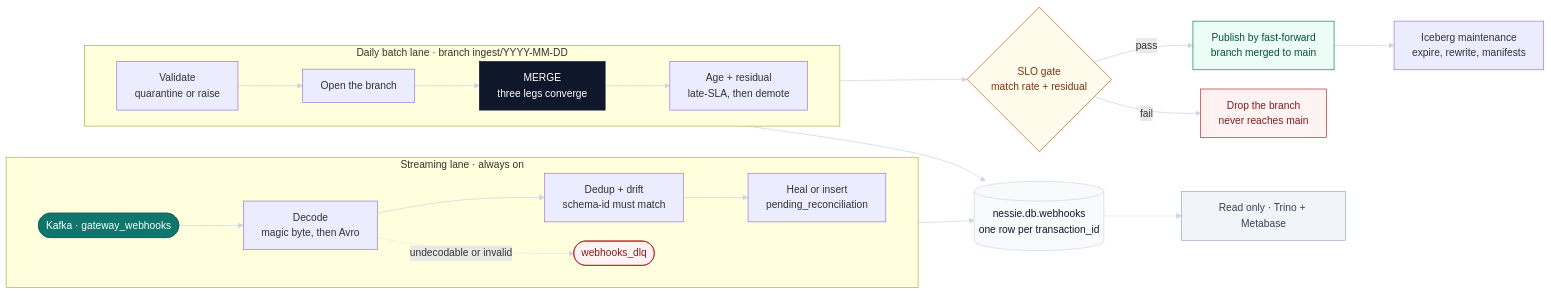
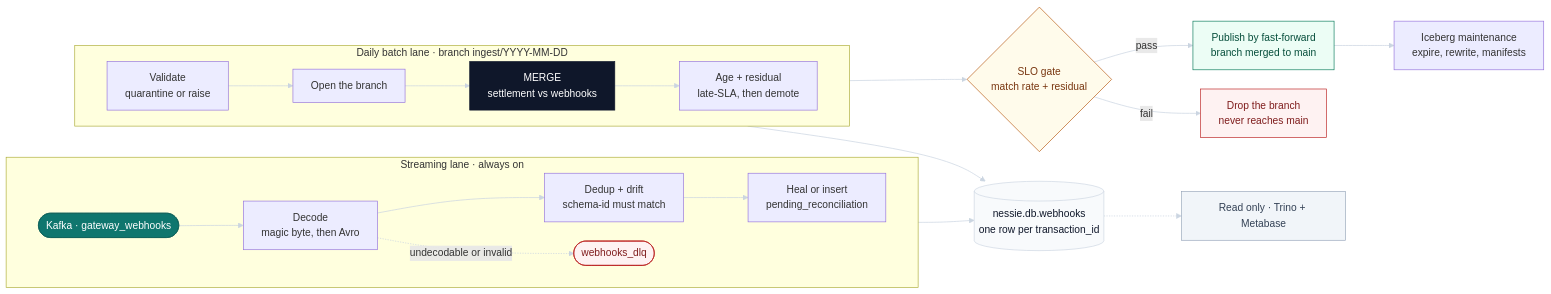
The diagram in README.md (DhanushPillay/tx-recon), drawn with Mermaid before and after one commit. The commit also changed 2 other files, not shown here.

````diff
--- a/README.md
+++ b/README.md
@@ -87,34 +87,34 @@
 ```mermaid
 %%{init: {"look": "classic", "layout": "dagre", "flowchart": {"curve": "basis", "nodeSpacing": 30, "rankSpacing": 76, "padding": 14, "useMaxWidth": true}}}%%
 flowchart LR
   subgraph SL["Streaming lane · always on"]
     direction LR
     K(["Kafka · gateway_webhooks"]):::ing --> D["Decode<br/>magic byte, then Avro"] --> DD["Dedup + drift<br/>schema-id must match"] --> H["Heal or insert<br/>pending_reconciliation"]
     D -.->|"undecodable or invalid"| DQ(["webhooks_dlq"]):::dead
   end
 
   subgraph BL["Daily batch lane · branch ingest/YYYY-MM-DD"]
     direction LR
-    V["Validate<br/>quarantine or raise"] --> OB["Open the branch"] --> M["MERGE<br/>three legs converge"]:::merge --> AR["Age + residual<br/>late-SLA, then demote"]
+    V["Validate<br/>quarantine or raise"] --> OB["Open the branch"] --> M["MERGE<br/>settlement vs webhooks"]:::merge --> AR["Age + residual<br/>late-SLA, then demote"]
   end
 
   T[("nessie.db.webhooks<br/>one row per transaction_id")]:::store
   H --> T
   M --> T
 
   AR --> G{"SLO gate<br/>match rate + residual"}:::gate
   G -->|"pass"| P["Publish by fast-forward<br/>branch merged to main"]:::publish
   P --> MT["Iceberg maintenance<br/>expire, rewrite, manifests"]
   G -->|"fail"| X["Drop the branch<br/>never reaches main"]:::dead
 
   T -.-> RO["Read only · Trino + Metabase"]:::serve
 
   classDef ing fill:#0F766E,stroke:#0B5F58,color:#FFFFFF,stroke-width:1px;
   classDef merge fill:#0F172A,stroke:#0F172A,color:#FFFFFF,stroke-width:1px;
   classDef store fill:#F8FAFC,stroke:#CBD5E1,color:#0F172A,stroke-width:1px;
   classDef gate fill:#FFFBEB,stroke:#B45309,color:#78350F,stroke-width:1px;
   classDef publish fill:#ECFDF5,stroke:#047857,color:#064E3B,stroke-width:1px;
   classDef dead fill:#FEF2F2,stroke:#B91C1C,color:#7F1D1D,stroke-width:1px;
   classDef serve fill:#F1F5F9,stroke:#94A3B8,color:#334155,stroke-width:1px;
   linkStyle default stroke:#CBD5E1,stroke-width:1.1px;
 ```
````
